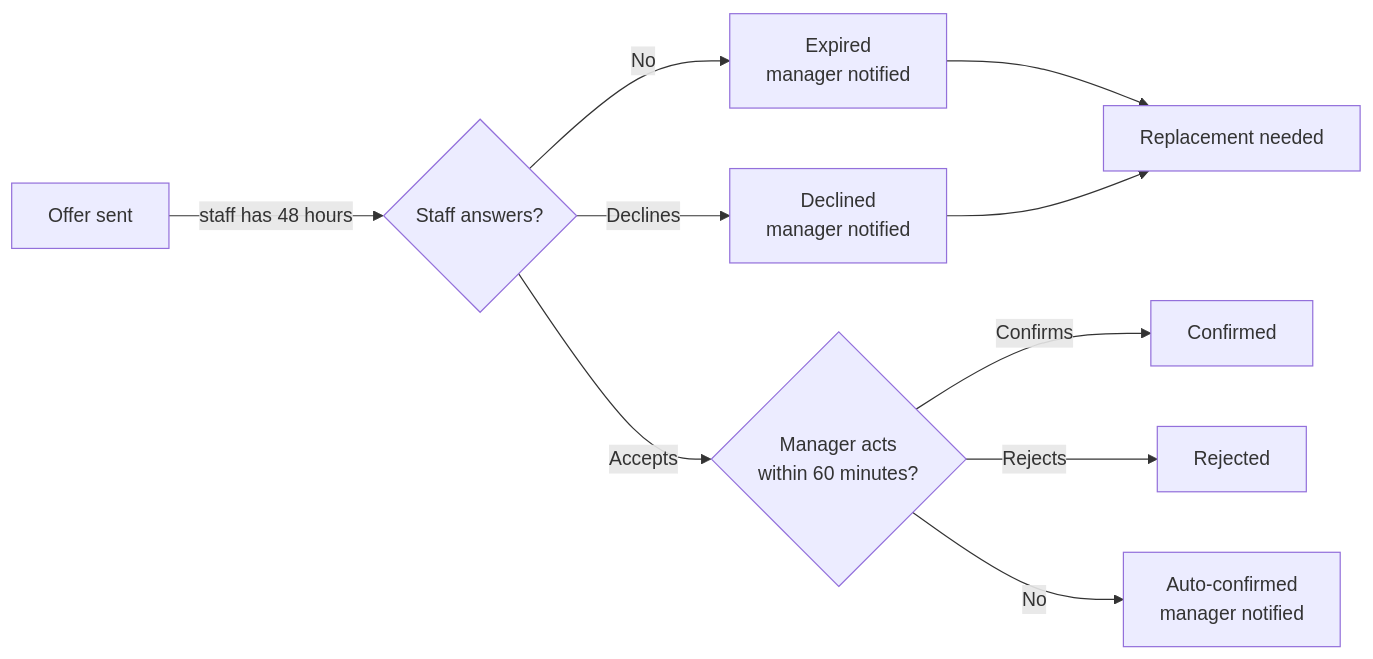
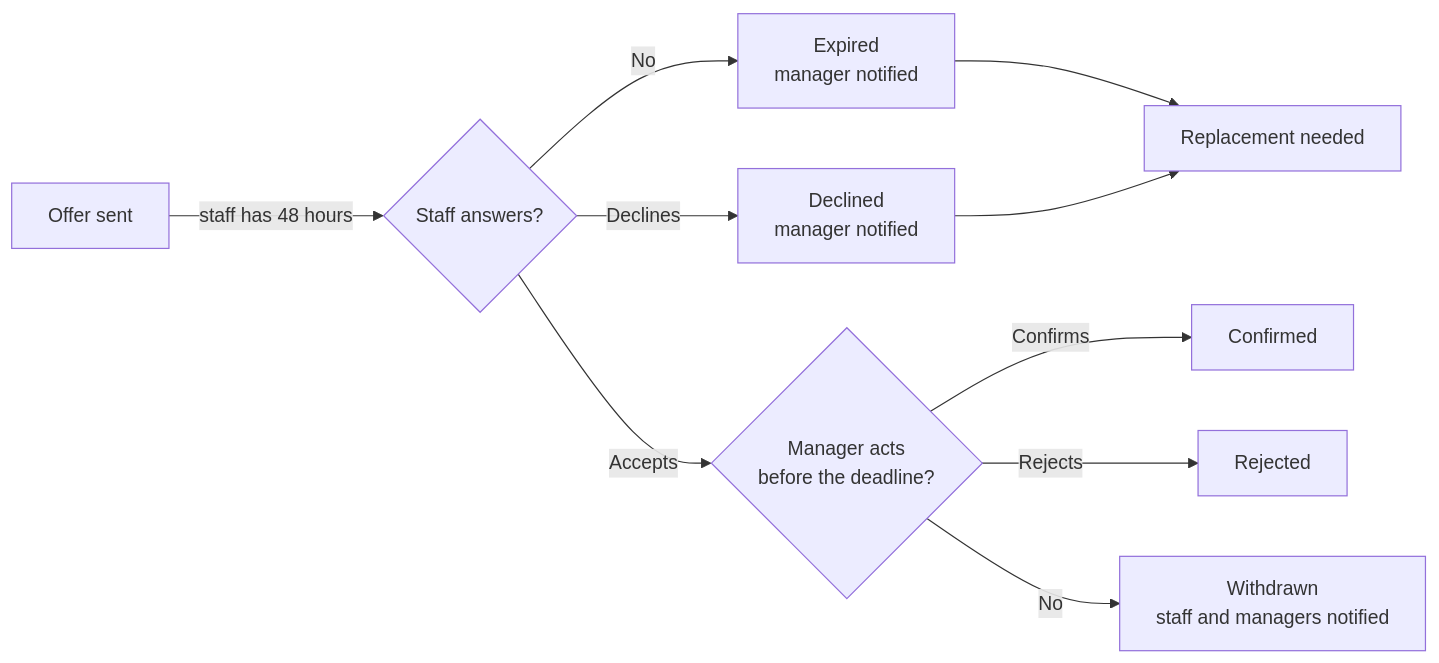
Before and after one commit to Rabblo06/rab-recurit: the diagram in packages/rab-docs/shifts/offer-expiry.mdx, drawn with Mermaid. The commit also changed other lines of this file and 39 other files, not shown here.

````diff
--- a/packages/rab-docs/shifts/offer-expiry.mdx
+++ b/packages/rab-docs/shifts/offer-expiry.mdx
@@ -10,12 +10,12 @@
 ```mermaid
 flowchart LR
     S["Offer sent"] -->|"staff has 48 hours"| A{"Staff answers?"}
     A -->|No| E["Expired<br/>manager notified"]
     A -->|Declines| D["Declined<br/>manager notified"]
-    A -->|Accepts| W{"Manager acts<br/>within 60 minutes?"}
+    A -->|Accepts| W{"Manager acts<br/>before the deadline?"}
     W -->|Confirms| C["Confirmed"]
     W -->|Rejects| R["Rejected"]
-    W -->|No| AC["Auto-confirmed<br/>manager notified"]
+    W -->|No| WD["Withdrawn<br/>staff and managers notified"]
     E --> REP["Replacement needed"]
     D --> REP
 ```
````
